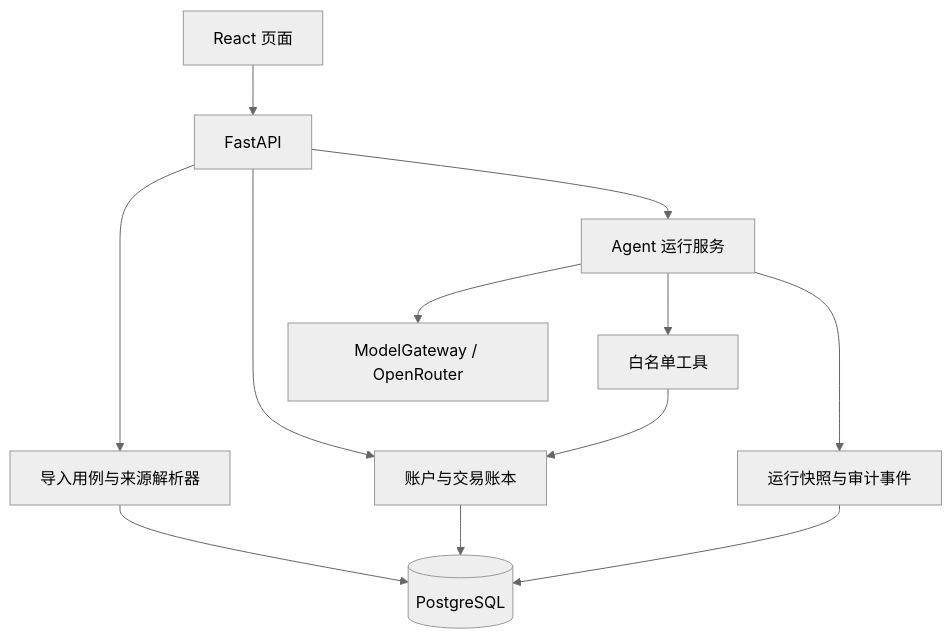
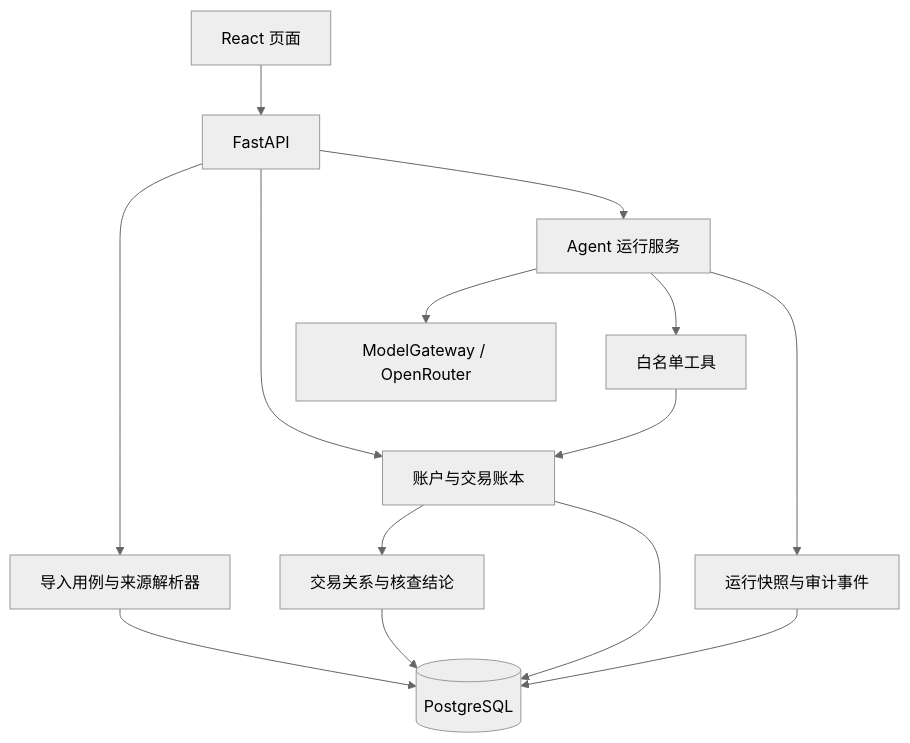
The second of 2 diagrams in README.md (Masterora/bankpilot-agent), drawn with Mermaid (neutral theme) before and after one commit. The commit also changed other lines of this file and 37 other files, not shown here.

````diff
--- a/README.md
+++ b/README.md
@@ -68,14 +75,16 @@
 ```mermaid
 flowchart TB
     W[React 页面] --> API[FastAPI]
     API --> I[导入用例与来源解析器]
     API --> L[账户与交易账本]
+    L --> R[交易关系与核查结论]
     API --> A[Agent 运行服务]
     A --> M[ModelGateway / OpenRouter]
     A --> T[白名单工具]
     T --> L
     I --> DB[(PostgreSQL)]
     L --> DB
     A --> E[运行快照与审计事件]
+    R --> DB
     E --> DB
 ```
````
